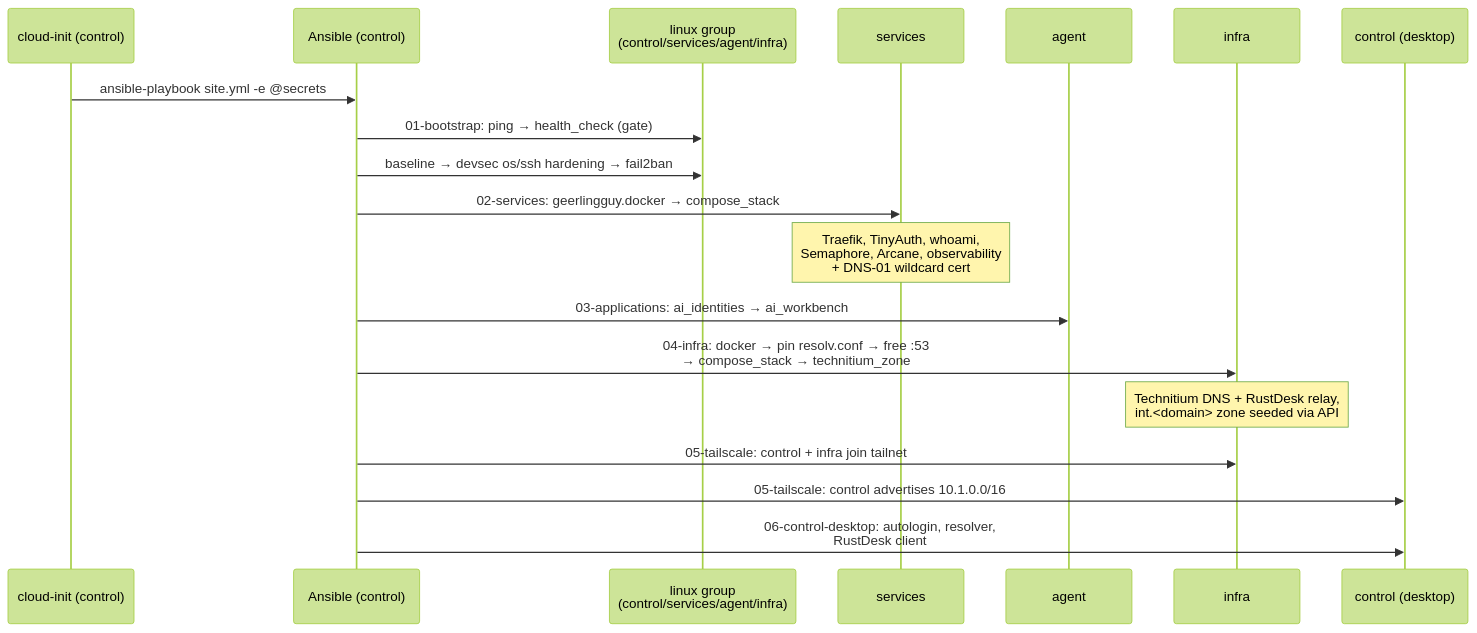
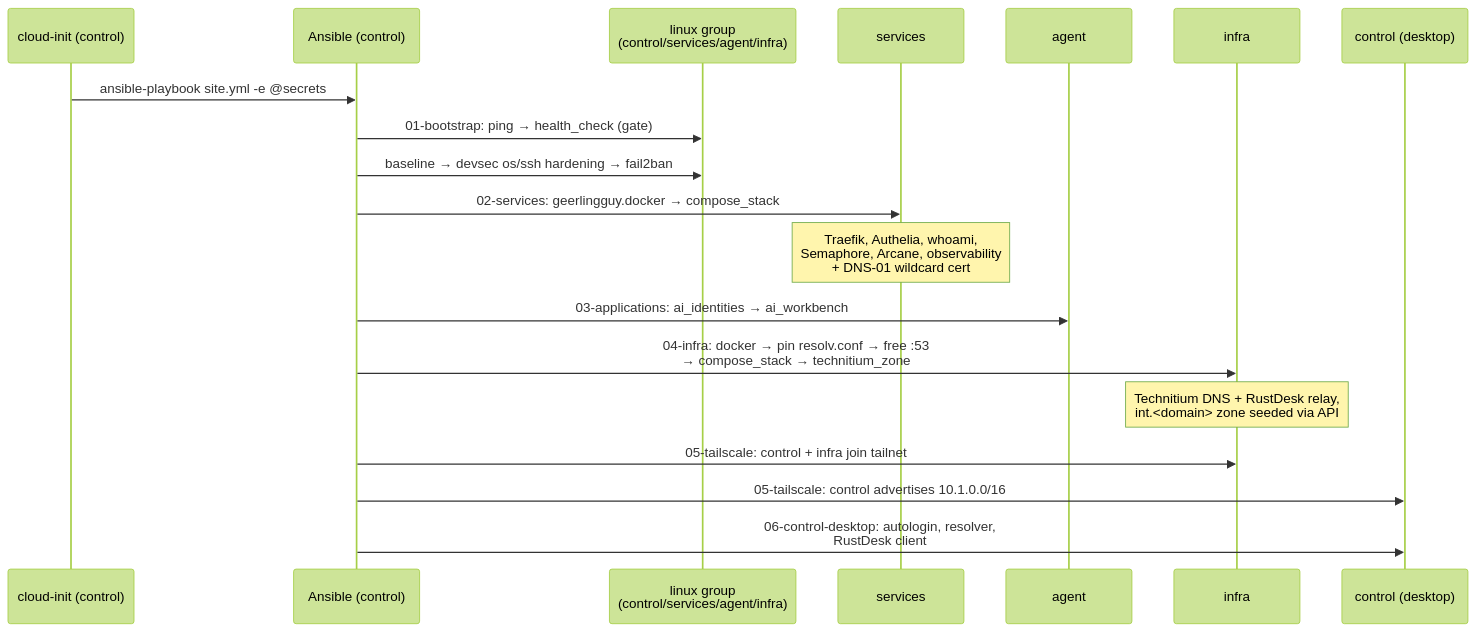
The second of 3 diagrams in docs/system/lifecycle.md (v2e-sh/v2e-docs), drawn with Mermaid (forest theme) before and after one commit. The commit also changed other lines of this file and 5 other files, not shown here.

````diff
--- a/docs/system/lifecycle.md
+++ b/docs/system/lifecycle.md
@@ -74,22 +74,22 @@
 ```mermaid
 sequenceDiagram
     participant CI as cloud-init (control)
     participant A as Ansible (control)
     participant L as linux group<br/>(control/services/agent/infra)
     participant S as services
     participant AG as agent
     participant I as infra
     participant C as control (desktop)
 
     CI->>A: ansible-playbook site.yml -e @secrets
     A->>L: 01-bootstrap: ping → health_check (gate)
     A->>L: baseline → devsec os/ssh hardening → fail2ban
     A->>S: 02-services: geerlingguy.docker → compose_stack
-    Note over S: Traefik, TinyAuth, whoami,<br/>Semaphore, Arcane, observability<br/>+ DNS-01 wildcard cert
+    Note over S: Traefik, Authelia, whoami,<br/>Semaphore, Arcane, observability<br/>+ DNS-01 wildcard cert
     A->>AG: 03-applications: ai_identities → ai_workbench
     A->>I: 04-infra: docker → pin resolv.conf → free :53<br/>→ compose_stack → technitium_zone
     Note over I: Technitium DNS + RustDesk relay,<br/>int.<domain> zone seeded via API
     A->>I: 05-tailscale: control + infra join tailnet
     A->>C: 05-tailscale: control advertises 10.1.0.0/16
     A->>C: 06-control-desktop: autologin, resolver,<br/>RustDesk client
 ```
````
